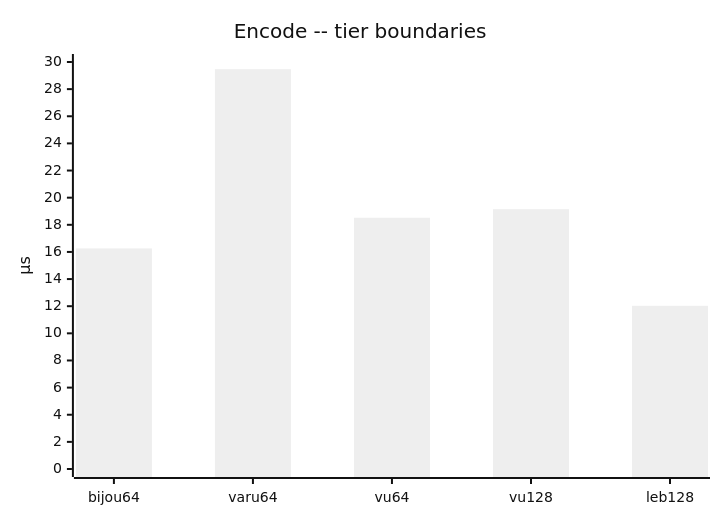
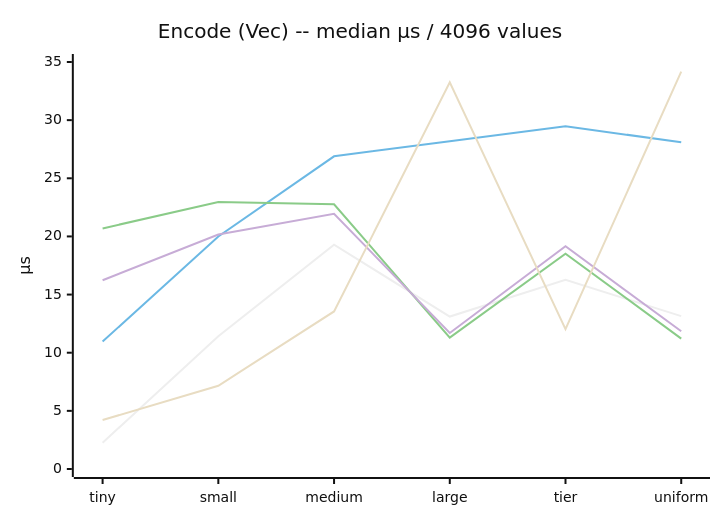
Before and after one commit to inkandswitch/subduction: the first of 15 diagrams in bijou64/SHOOTOUT_ANALYSIS.md, drawn with Mermaid (neutral theme). The commit also changed other lines of this file, not shown here.

Commit message:
Line charts

````diff
--- a/bijou64/SHOOTOUT_ANALYSIS.md
+++ b/bijou64/SHOOTOUT_ANALYSIS.md
@@ -62,7 +32,11 @@
 ```mermaid
 xychart-beta
-    title "Encode -- tier boundaries"
-    x-axis ["bijou64", "varu64", "vu64", "vu128", "leb128"]
-    y-axis "µs" 0 --> 30
-    bar [16.26, 29.47, 18.52, 19.15, 12.03]
+    title "Encode (Vec) -- median µs / 4096 values"
+    x-axis ["tiny", "small", "medium", "large", "tier", "uniform"]
+    y-axis "µs" 0 --> 35
+    line [2.26, 11.41, 19.29, 13.11, 16.26, 13.15]
+    line [10.96, 20.00, 26.89, 28.19, 29.47, 28.10]
+    line [20.69, 22.96, 22.76, 11.30, 18.52, 11.21]
+    line [16.23, 20.17, 21.95, 11.70, 19.15, 11.84]
+    line [4.21, 7.16, 13.55, 33.25, 12.03, 34.17]
 ```
````
